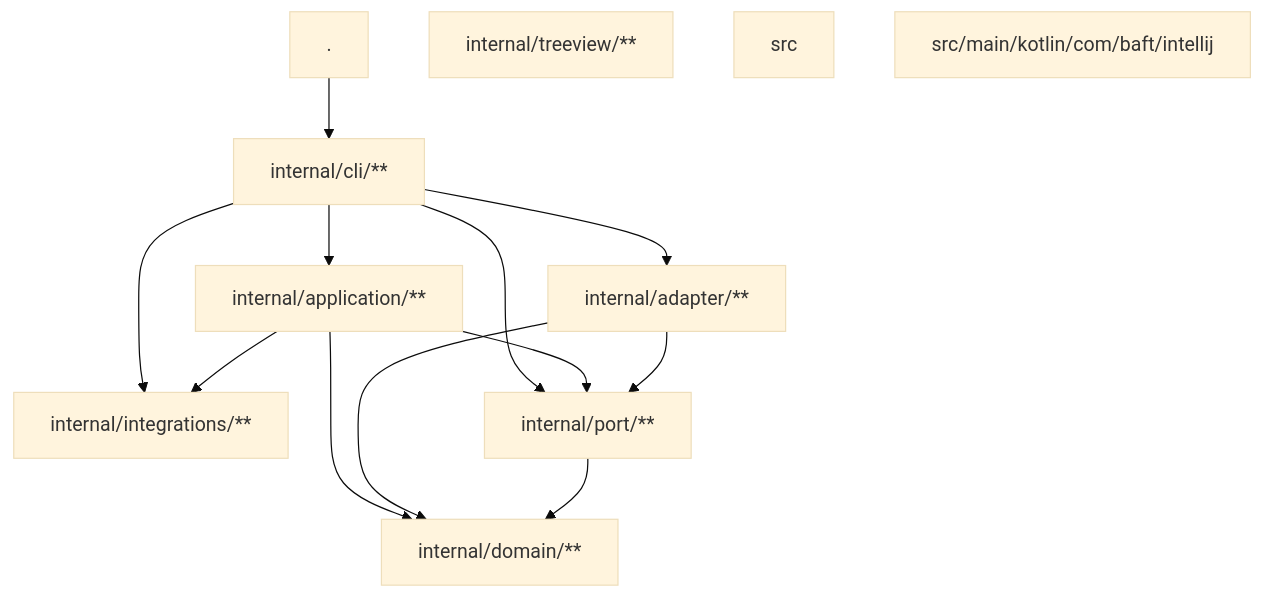
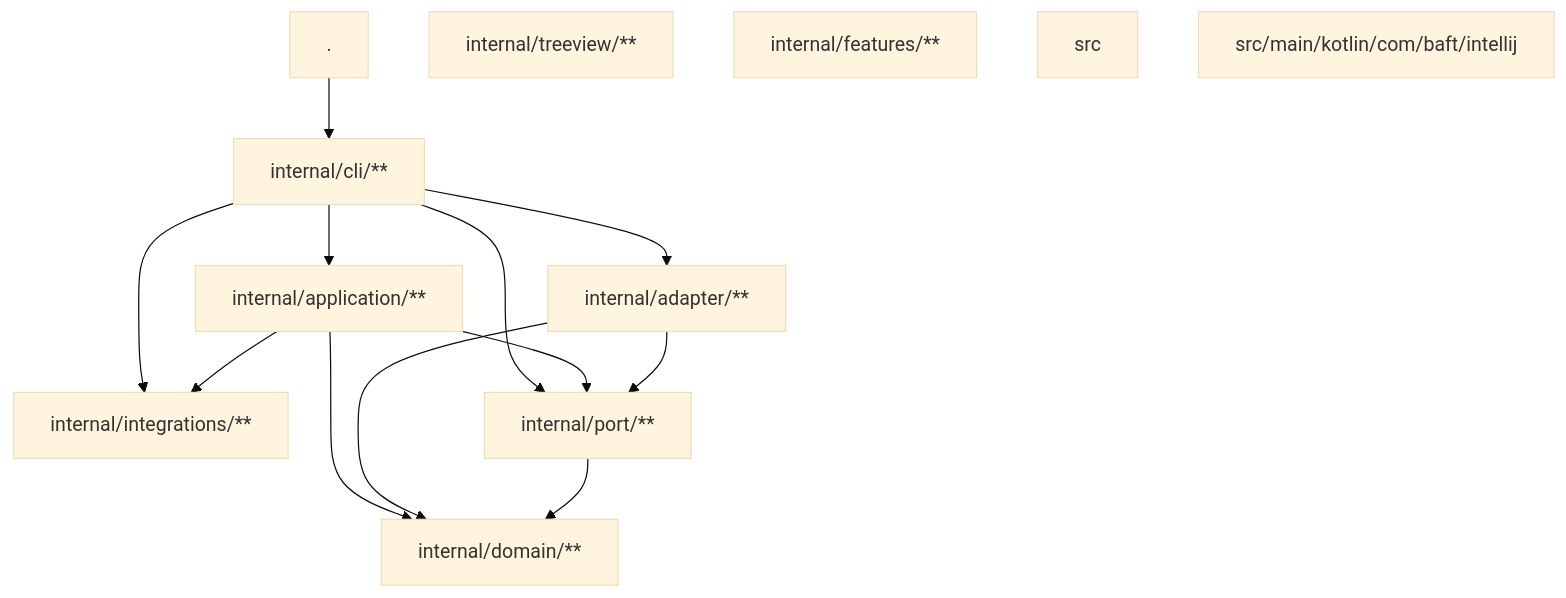
The diagram in BAFT.md (dariushalipour/baft), drawn with Mermaid (base theme) before and after one commit. The commit also changed other lines of this file and 5 other files, not shown here.

````diff
--- a/BAFT.md
+++ b/BAFT.md
@@ -6,25 +10,26 @@
 ```mermaid
 flowchart TD
   root["."]
   cli["internal/cli/&ast;&ast;"]
   application["internal/application/&ast;&ast;"]
   adapter["internal/adapter/&ast;&ast;"]
   integrations["internal/integrations/&ast;&ast;"]
   port["internal/port/&ast;&ast;"]
   domain["internal/domain/&ast;&ast;"]
   treeview["internal/treeview/&ast;&ast;"]
+  features["internal/features/&ast;&ast;"]
   vscode_extension["src"]
   intellij_plugin["src/main/kotlin/com/baft/intellij"]
 
   root --> cli
   cli --> adapter
   cli --> application
   cli --> integrations
   cli --> port
   application --> integrations
   application --> port
   application --> domain
   adapter --> port
   adapter --> domain
   port --> domain
 ```
````
